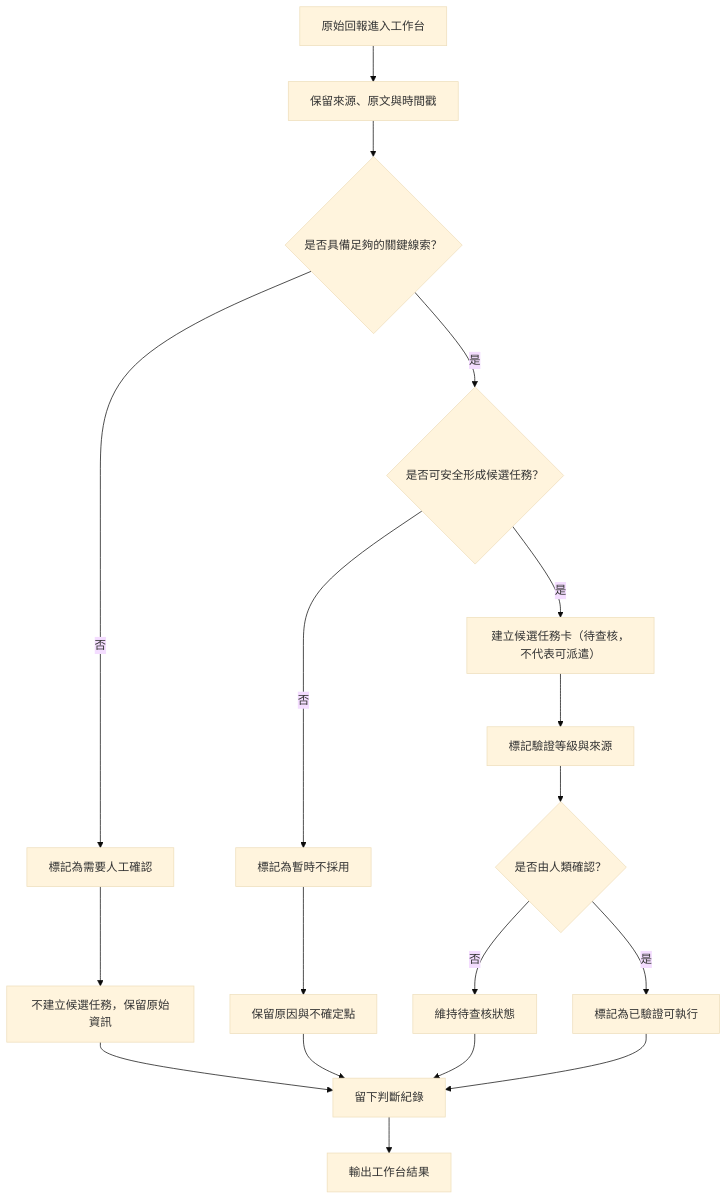
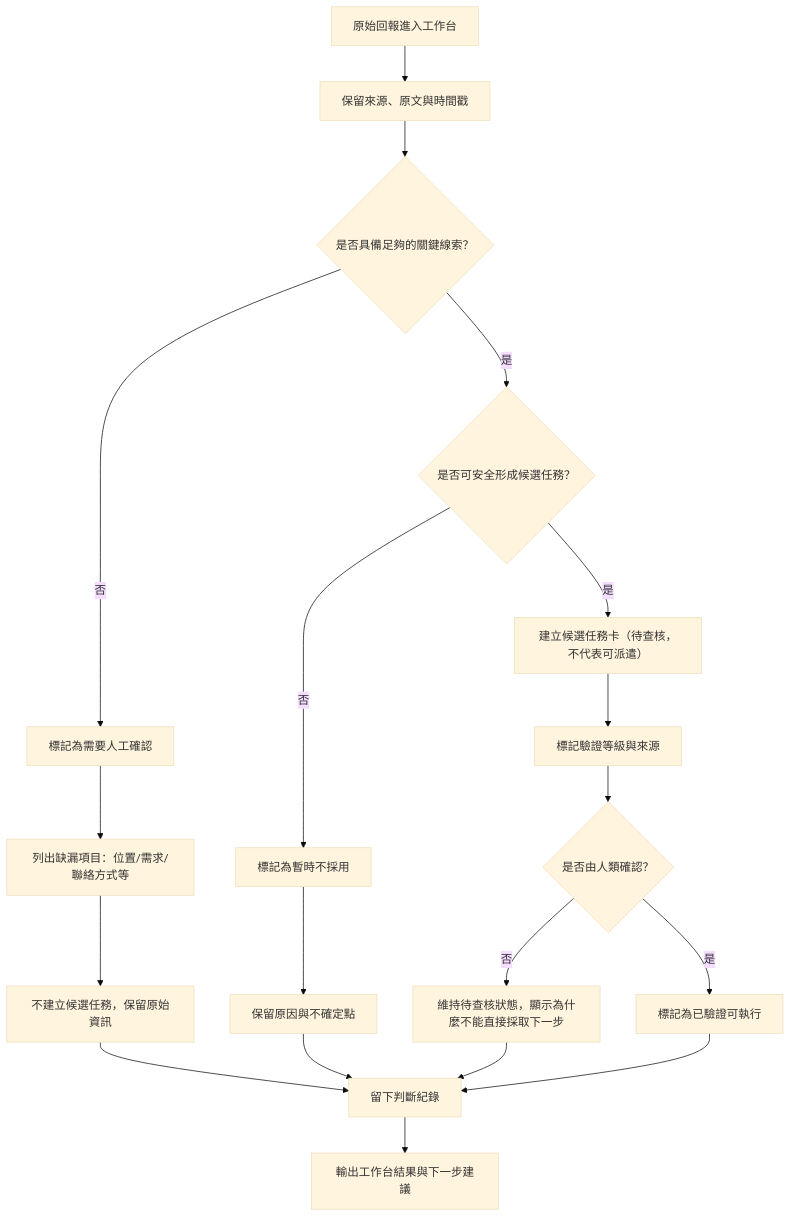
One commit to SITCON-Camp-2026/t6-m2-se-disaster changed the diagram in release-packs/02-flow-design-kit/docs/flow.md. Above: the diagram before and after it, drawn with Mermaid (base theme). The commit also changed other lines of this file and 2 other files, not shown here.

Commit message:
feat: enhance FlowDecisionCard with missing info, blockers, and next step advice; update tests to verify new functionality

````diff
--- a/release-packs/02-flow-design-kit/docs/flow.md
+++ b/release-packs/02-flow-design-kit/docs/flow.md
@@ -22,20 +22,21 @@
 ```mermaid
 flowchart TD
   A[原始回報進入工作台] --> B[保留來源、原文與時間戳]
   B --> C{是否具備足夠的關鍵線索？}
   C -->|否| D[標記為需要人工確認]
-  D --> E[不建立候選任務，保留原始資訊]
-  C -->|是| F{是否可安全形成候選任務？}
-  F -->|否| G[標記為暫時不採用]
-  G --> H[保留原因與不確定點]
-  F -->|是| I[建立候選任務卡（待查核，不代表可派遣）]
-  I --> J[標記驗證等級與來源]
-  E --> K[留下判斷紀錄]
-  H --> K
-  J --> L{是否由人類確認？}
-  L -->|否| M[維持待查核狀態]
-  L -->|是| N[標記為已驗證可執行]
-  M --> K
-  N --> K
-  K --> O[輸出工作台結果]
+  D --> E[列出缺漏項目：位置/需求/聯絡方式等]
+  E --> F[不建立候選任務，保留原始資訊]
+  C -->|是| G{是否可安全形成候選任務？}
+  G -->|否| H[標記為暫時不採用]
+  H --> I[保留原因與不確定點]
+  G -->|是| J[建立候選任務卡（待查核，不代表可派遣）]
+  J --> K[標記驗證等級與來源]
+  F --> L[留下判斷紀錄]
+  I --> L
+  K --> M{是否由人類確認？}
+  M -->|否| N[維持待查核狀態，顯示為什麼不能直接採取下一步]
+  M -->|是| O[標記為已驗證可執行]
+  N --> L
+  O --> L
+  L --> P[輸出工作台結果與下一步建議]
 ```
````
